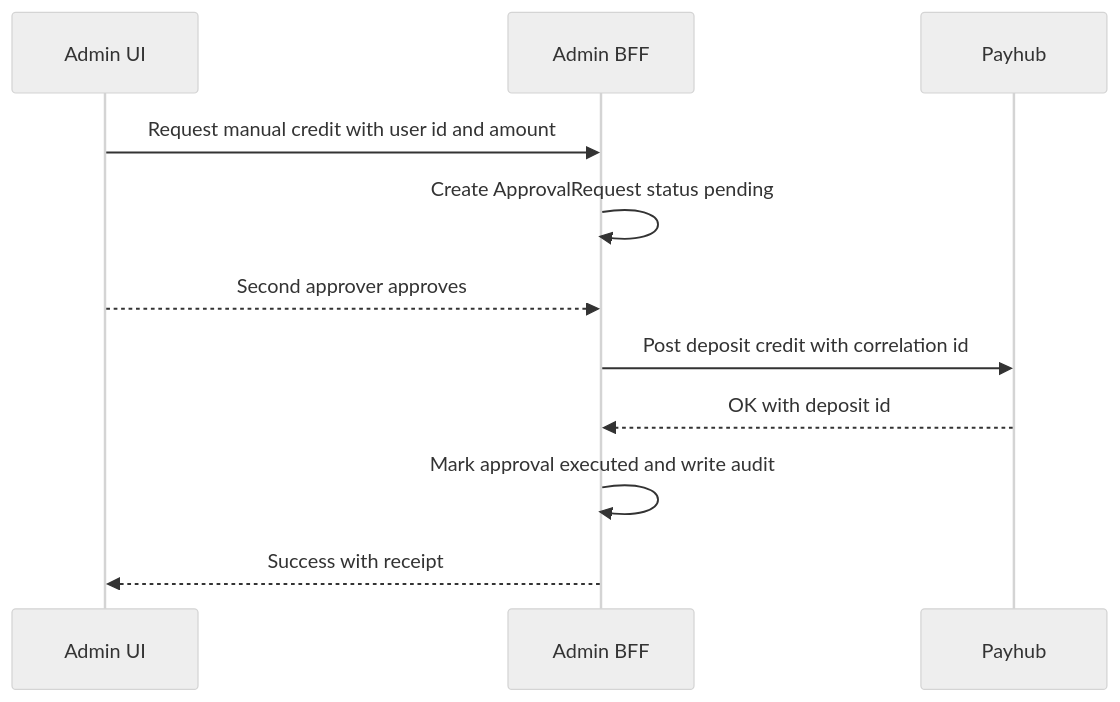
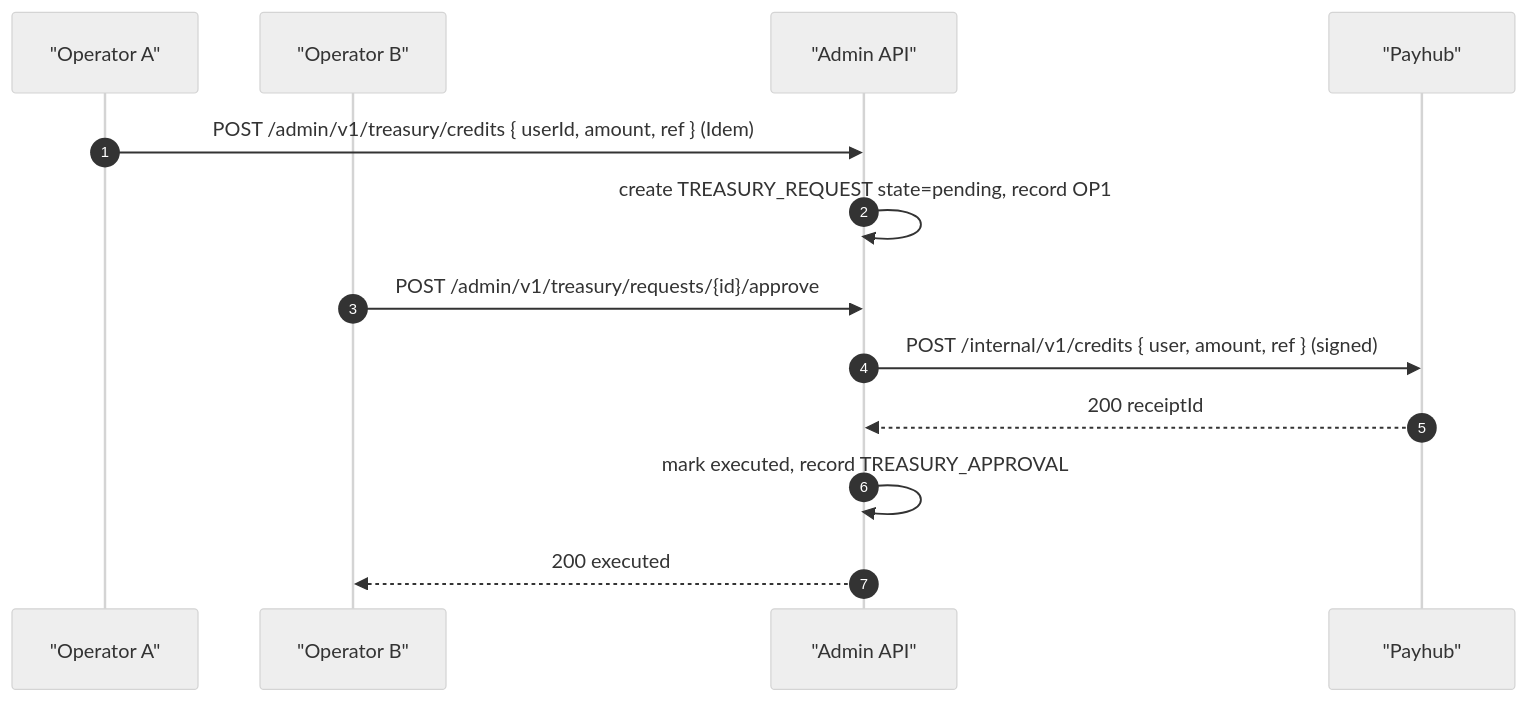
One commit to fuzeac/fuze-telegram-mini-app changed the fourth of 5 diagrams in miniapp-admin.md. Above: the diagram before and after it, drawn with Mermaid (neutral theme). The commit also changed other lines of this file, not shown here.

````diff
--- a/miniapp-admin.md
+++ b/miniapp-admin.md
@@ -124,13 +177,15 @@
 ```mermaid
 sequenceDiagram
-participant UI as Admin UI
-participant BFF as Admin BFF
-participant PAY as Payhub
-UI->>BFF: Request manual credit with user id and amount
-BFF->>BFF: Create ApprovalRequest status pending
-UI-->>BFF: Second approver approves
-BFF->>PAY: Post deposit credit with correlation id
-PAY-->>BFF: OK with deposit id
-BFF->>BFF: Mark approval executed and write audit
-BFF-->>UI: Success with receipt
+  autonumber
+  participant OP1 as "Operator A"
+  participant OP2 as "Operator B"
+  participant ADM as "Admin API"
+  participant PAY as "Payhub"
+  OP1->>ADM: POST /admin/v1/treasury/credits { userId, amount, ref } (Idem)
+  ADM->>ADM: create TREASURY_REQUEST state=pending, record OP1
+  OP2->>ADM: POST /admin/v1/treasury/requests/{id}/approve
+  ADM->>PAY: POST /internal/v1/credits { user, amount, ref } (signed)
+  PAY-->>ADM: 200 receiptId
+  ADM->>ADM: mark executed, record TREASURY_APPROVAL
+  ADM-->>OP2: 200 executed
 ```
````
